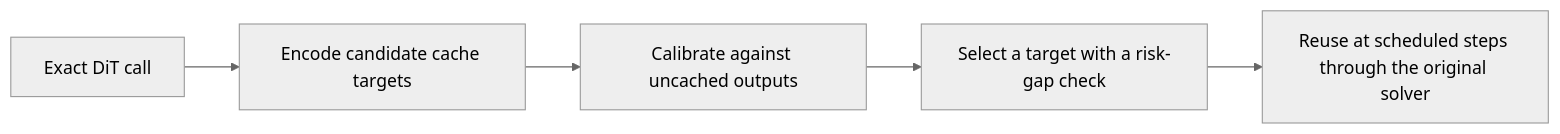
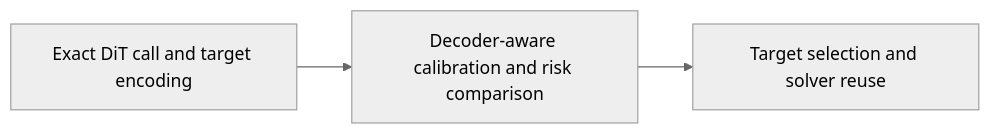
One commit to wali1024-offical/AutoTarget changed the diagram in README.md. Above: the diagram before and after it, drawn with Mermaid (neutral theme).

Commit message:
Improve AutoTarget workflow diagram readability
Updated flowchart to reflect changes in the process.

````diff
--- a/README.md
+++ b/README.md
@@ -26,7 +26,5 @@
 ```mermaid
 flowchart LR
-    A[Exact DiT call] --> B[Encode candidate cache targets]
-    B --> C[Calibrate against uncached outputs]
-    C --> D[Select a target with a risk-gap check]
-    D --> E[Reuse at scheduled steps through the original solver]
+    A[Exact DiT call and target encoding] --> B[Decoder-aware calibration and risk comparison]
+    B --> C[Target selection and solver reuse]
 ```
````
